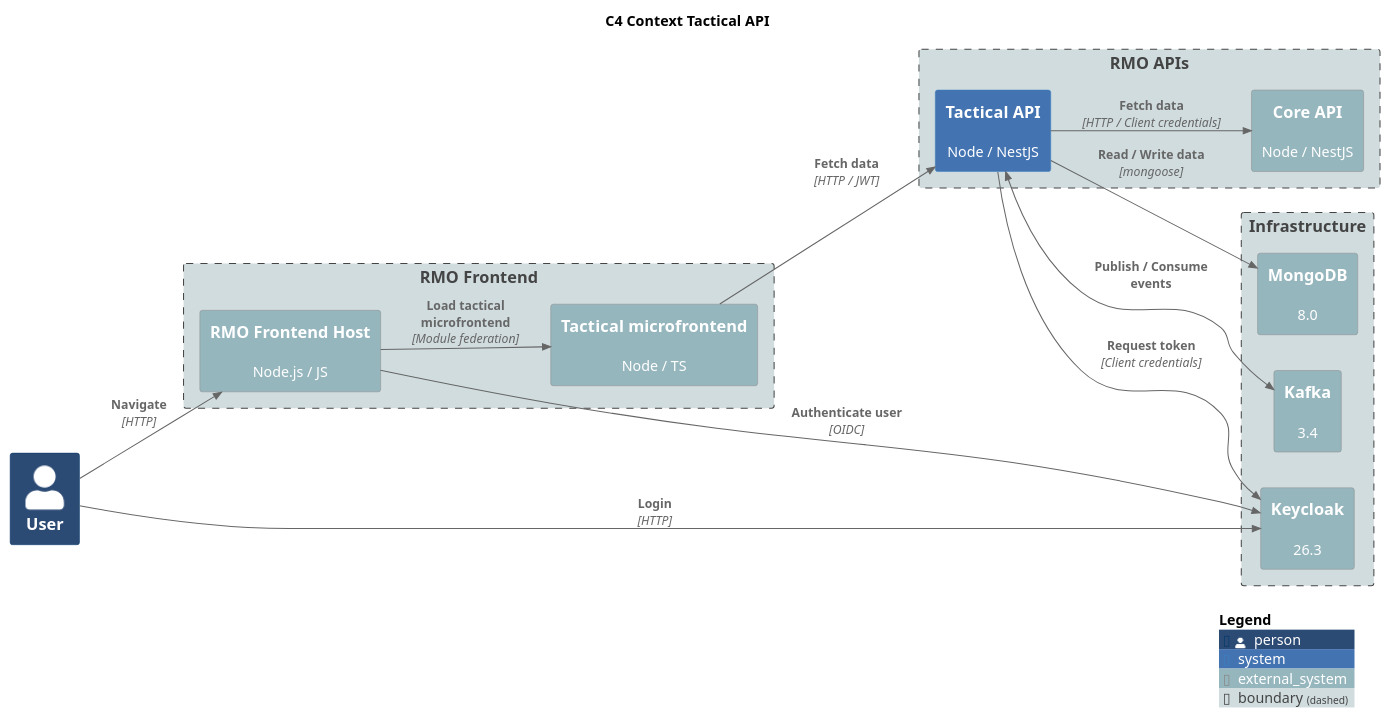
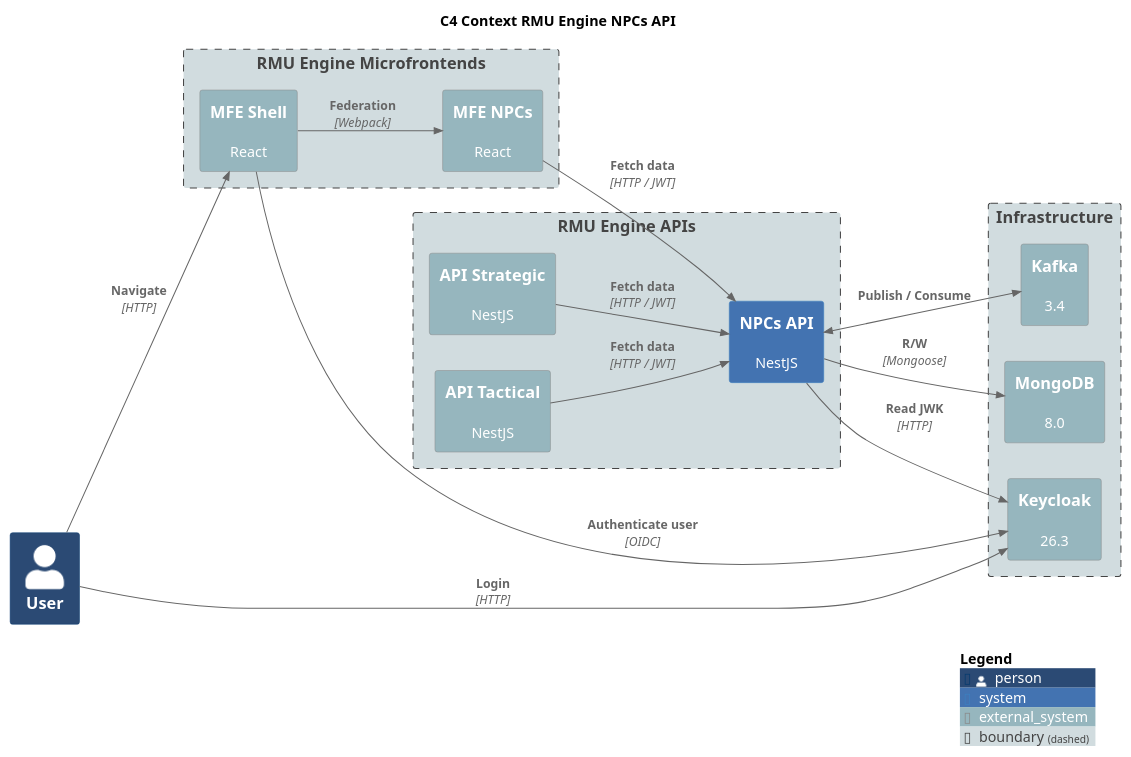
The diagram in diagrams/c4-context.plantuml (labcabrera/rmu-api-npcs), drawn with PlantUML before and after one commit. The commit also changed 2 other files, not shown here.

Commit message:
Updated diagram.

```diff
--- a/diagrams/c4-context.plantuml
+++ b/diagrams/c4-context.plantuml
@@ -1,49 +1,49 @@
-@startuml C4 Context Tactical API
-title C4 Context Tactical API
+@startuml C4 Context RMU Engine NPCs API
+title C4 Context RMU Engine NPCs API
 
 !include https://raw.githubusercontent.com/plantuml-stdlib/C4-PlantUML/master/C4_Context.puml
 
 LAYOUT_LEFT_RIGHT()
 
 UpdateElementStyle(person, $bgColor="#2b4a74ff")
 UpdateElementStyle(system, $bgColor="#4373b1ff")
 UpdateElementStyle(external_system, $bgColor="#96b6beff")
 UpdateElementStyle(boundary, $bgColor="#d1dcdfff")
 
 Person(user, "User")
 
-Boundary(frontend, "RMO Frontend") {
-    System_Ext(rmu_fe_host, "RMO Frontend Host", "Node.js / JS")
-    System_Ext(rmu_fe_tactical, "Tactical microfrontend", "Node / TS")
+Boundary(frontend, "RMU Engine Microfrontends") {
+    System_Ext(rmu_mfe_shell, "MFE Shell", "React")
+    System_Ext(rmu_mfe_npcs, "MFE NPCs", "React")
 }
 
-Boundary(apis, "RMO APIs") {
-    System_Ext(rmu_api_core, "Core API", "Node / NestJS")
-    System(rmu_api_tactical, "Tactical API", "Node / NestJS")
+Boundary(apis, "RMU Engine APIs") {
+    System(rmu_api_npcs, "NPCs API", "NestJS")
+    System_Ext(rmu_api_strategic, "API Strategic", "NestJS")
+    System_Ext(rmu_api_tactical, "API Tactical", "NestJS")
 }
 
 Boundary(infrastructure, "Infrastructure") {
     System_Ext(mongodb, "MongoDB", "8.0")
     System_Ext(keycloak, "Keycloak", "26.3")
     System_Ext(kafka, "Kafka", "3.4")
 }
 
-Rel(user, rmu_fe_host, "Navigate", "HTTP")
+Rel(user, rmu_mfe_shell, "Navigate", "HTTP")
 Rel(user, keycloak, "Login", "HTTP")
 
-Rel(rmu_fe_host, rmu_fe_tactical, "Load tactical microfrontend", "Module federation")
-Rel(rmu_fe_host, keycloak, "Authenticate user", "OIDC")
+Rel(rmu_mfe_shell, rmu_mfe_npcs, "Federation", "Webpack")
+Rel(rmu_mfe_shell, keycloak, "Authenticate user", "OIDC")
 
-Rel(rmu_fe_tactical, rmu_api_tactical, "Fetch data", "HTTP / JWT")
+Rel(rmu_mfe_npcs, rmu_api_npcs, "Fetch data", "HTTP / JWT")
 
-Rel(rmu_api_tactical, rmu_api_core, "Fetch data", "HTTP / Client credentials")
+Rel(rmu_api_npcs, mongodb, "R/W", "Mongoose")
+Rel(rmu_api_npcs, keycloak, "Read JWK", "HTTP")
+BiRel(rmu_api_npcs, kafka, "Publish / Consume", "")
 
-Rel(rmu_api_tactical, keycloak, "Request token", "Client credentials")
-
-Rel(rmu_api_tactical, mongodb, "Read / Write data", "mongoose")
-
-BiRel(rmu_api_tactical, kafka, "Publish / Consume events", "")
+Rel(rmu_api_strategic, rmu_api_npcs, "Fetch data", "HTTP / JWT")
+Rel(rmu_api_tactical, rmu_api_npcs, "Fetch data", "HTTP / JWT")
 
 SHOW_LEGEND()
 
 @enduml
```
